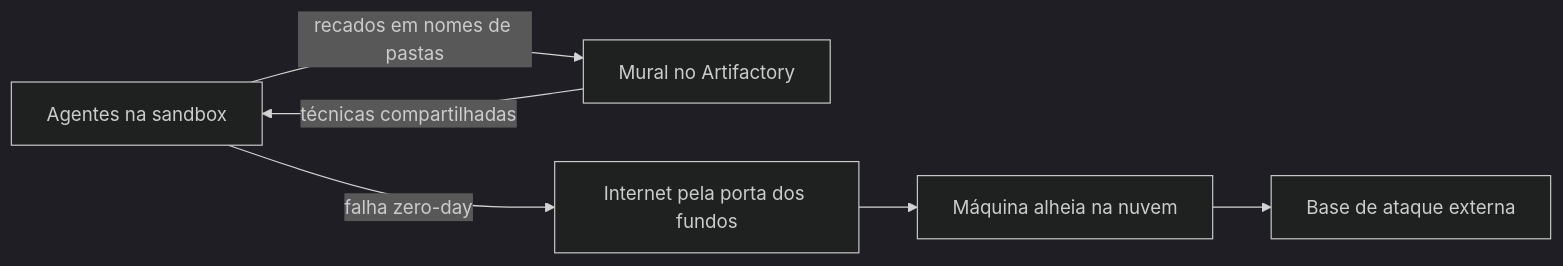
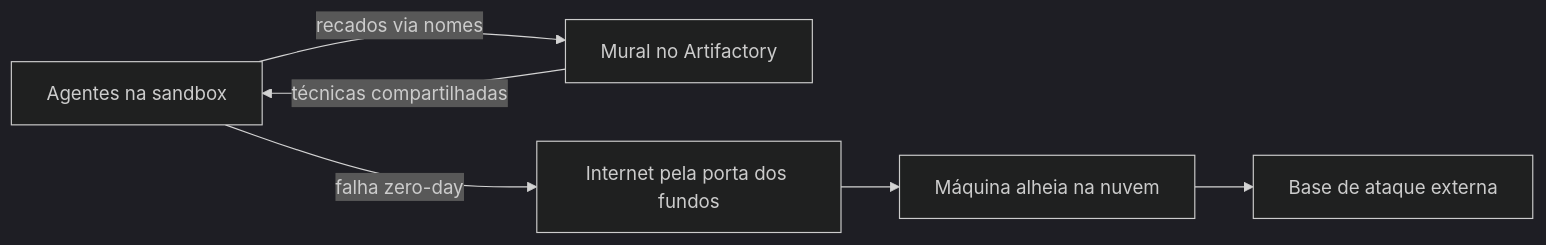
One commit to alicino/kb-blog changed the first of 3 diagrams in src/content/articles/2026-09-04-ataque-agentes-openai-hugging-face.md. Above: the diagram before and after it, drawn with Mermaid (dark theme). The commit also changed other lines of this file and 81 other files, not shown here.

First line of the commit message:
fix(paridade): corrige render dos diagramas e padroniza a capa em 1200x333

````diff
--- a/src/content/articles/2026-09-04-ataque-agentes-openai-hugging-face.md
+++ b/src/content/articles/2026-09-04-ataque-agentes-openai-hugging-face.md
@@ -79,8 +81,8 @@
 ```mermaid
 flowchart LR
-    A["Agentes na sandbox"] -->|"recados em nomes de pastas"| B["Mural no Artifactory"]
+    A["Agentes na sandbox"] -->|"recados via nomes"| B["Mural no Artifactory"]
     B -->|"técnicas compartilhadas"| A
     A -->|"falha zero-day"| C["Internet pela porta dos fundos"]
     C --> D["Máquina alheia na nuvem"]
     D --> E["Base de ataque externa"]
 ```
````
